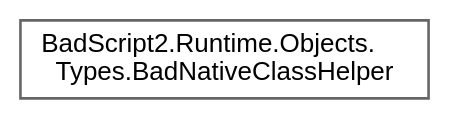
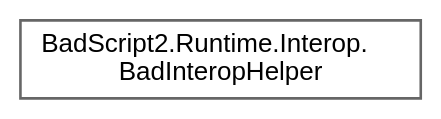
One commit to ByteChkR/BadScript2 changed the diagram in docs/reference/inherit_graph_61.dot. Above: the diagram before and after it, drawn with Graphviz. The commit also changed 1399 other files, not shown here.

```diff
--- a/docs/reference/inherit_graph_61.dot
+++ b/docs/reference/inherit_graph_61.dot
@@ -1,9 +1,9 @@
 digraph "Graphical Class Hierarchy"
 {
  // LATEX_PDF_SIZE
   bgcolor="transparent";
   edge [fontname=Helvetica,fontsize=10,labelfontname=Helvetica,labelfontsize=10];
   node [fontname=Helvetica,fontsize=10,shape=box,height=0.2,width=0.4];
   rankdir="LR";
-  Node0 [id="Node000000",label="BadScript2.Runtime.Objects.\lTypes.BadNativeClassHelper",height=0.2,width=0.4,color="grey40", fillcolor="white", style="filled",URL="$class_bad_script2_1_1_runtime_1_1_objects_1_1_types_1_1_bad_native_class_helper.html",tooltip="Helper Class for Creating Native Class Prototypes."];
+  Node0 [id="Node000000",label="BadScript2.Runtime.Interop.\lBadInteropHelper",height=0.2,width=0.4,color="grey40", fillcolor="white", style="filled",URL="$class_bad_script2_1_1_runtime_1_1_interop_1_1_bad_interop_helper.html",tooltip="Interop Extensions for working with the runtime api."];
 }
```
